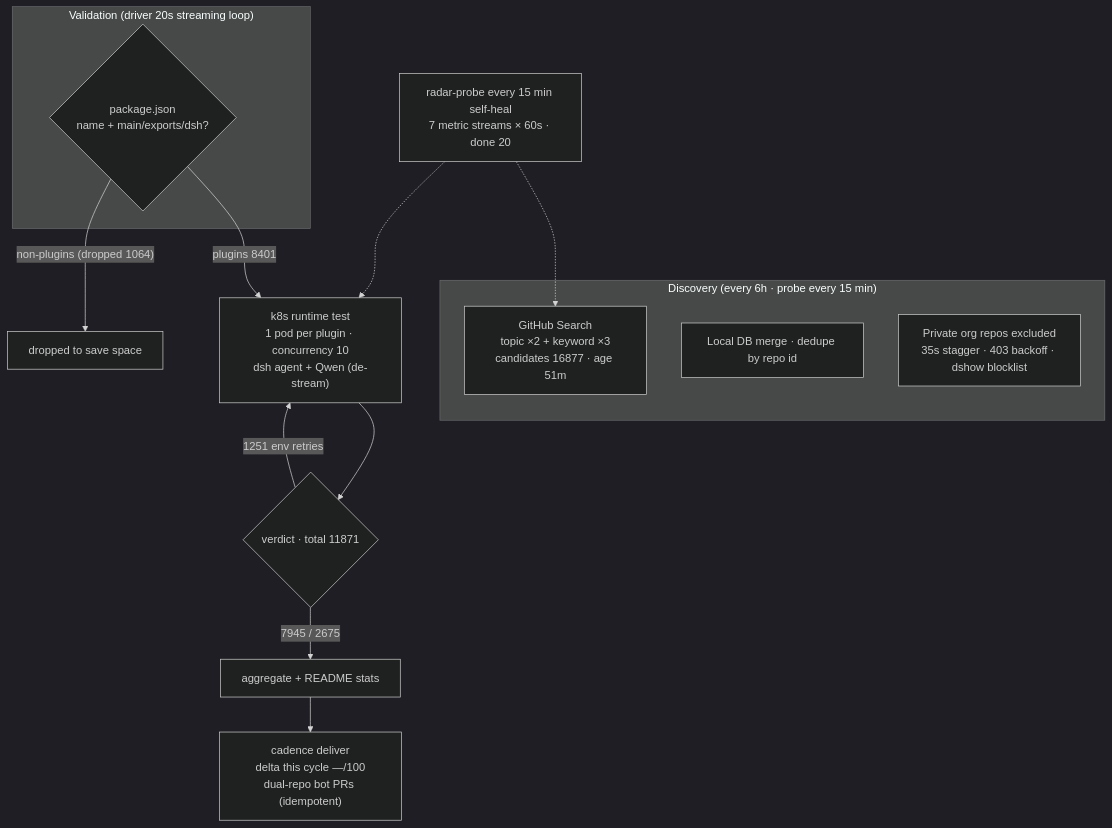
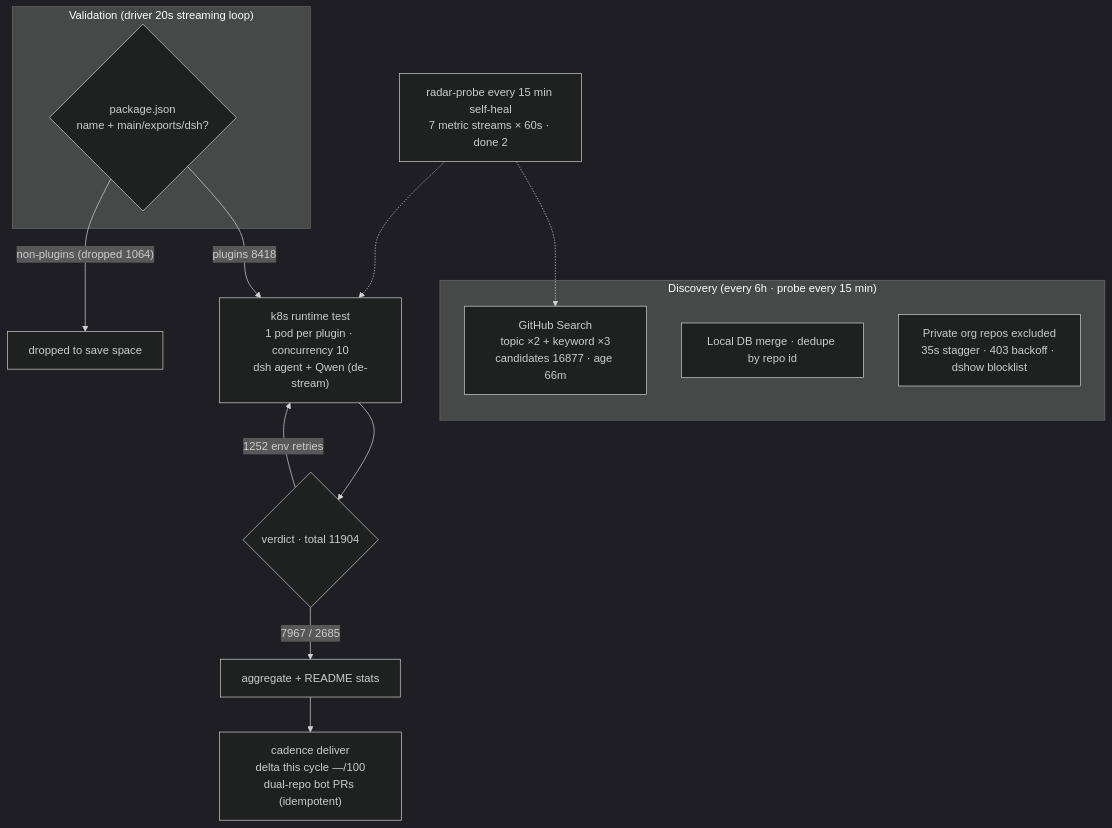
Before and after one commit to AdamPlatin123/awesome-dsh-plugins: the diagram in README.en-US.md, drawn with Mermaid (dark theme). The commit also changed other lines of this file and 5 other files, not shown here.

````diff
--- a/README.en-US.md
+++ b/README.en-US.md
@@ -45,20 +45,20 @@
 ```mermaid
 flowchart TB
     subgraph Discovery["Discovery (every 6h · probe every 15 min)"]
-        A1["GitHub Search<br/>topic ×2 + keyword ×3<br/>candidates 16877 · age 51m"]
+        A1["GitHub Search<br/>topic ×2 + keyword ×3<br/>candidates 16877 · age 66m"]
         A2["Local DB merge · dedupe by repo id"]
         A3["Private org repos excluded<br/>35s stagger · 403 backoff · dshow blocklist"]
     end
     subgraph Validation["Validation (driver 20s streaming loop)"]
         B1{"package.json<br/>name + main/exports/dsh?"}
     end
-    B1 -->|"plugins 8401"| C1["k8s runtime test<br/>1 pod per plugin · concurrency 10<br/>dsh agent + Qwen (de-stream)"]
+    B1 -->|"plugins 8418"| C1["k8s runtime test<br/>1 pod per plugin · concurrency 10<br/>dsh agent + Qwen (de-stream)"]
     B1 -->|"non-plugins (dropped 1064)"| B3["dropped to save space"]
-    C1 --> D1{"verdict · total 11871"}
-    D1 -->|"7945 / 2675"| E1["aggregate + README stats"]
-    D1 -->|"1251 env retries"| C1
+    C1 --> D1{"verdict · total 11904"}
+    D1 -->|"7967 / 2685"| E1["aggregate + README stats"]
+    D1 -->|"1252 env retries"| C1
     E1 --> E2["cadence deliver<br/>delta this cycle —/100<br/>dual-repo bot PRs (idempotent)"]
-    M["radar-probe every 15 min self-heal<br/>7 metric streams × 60s · done 20"]
+    M["radar-probe every 15 min self-heal<br/>7 metric streams × 60s · done 2"]
     M -.-> A1
     M -.-> C1
 ```
````
